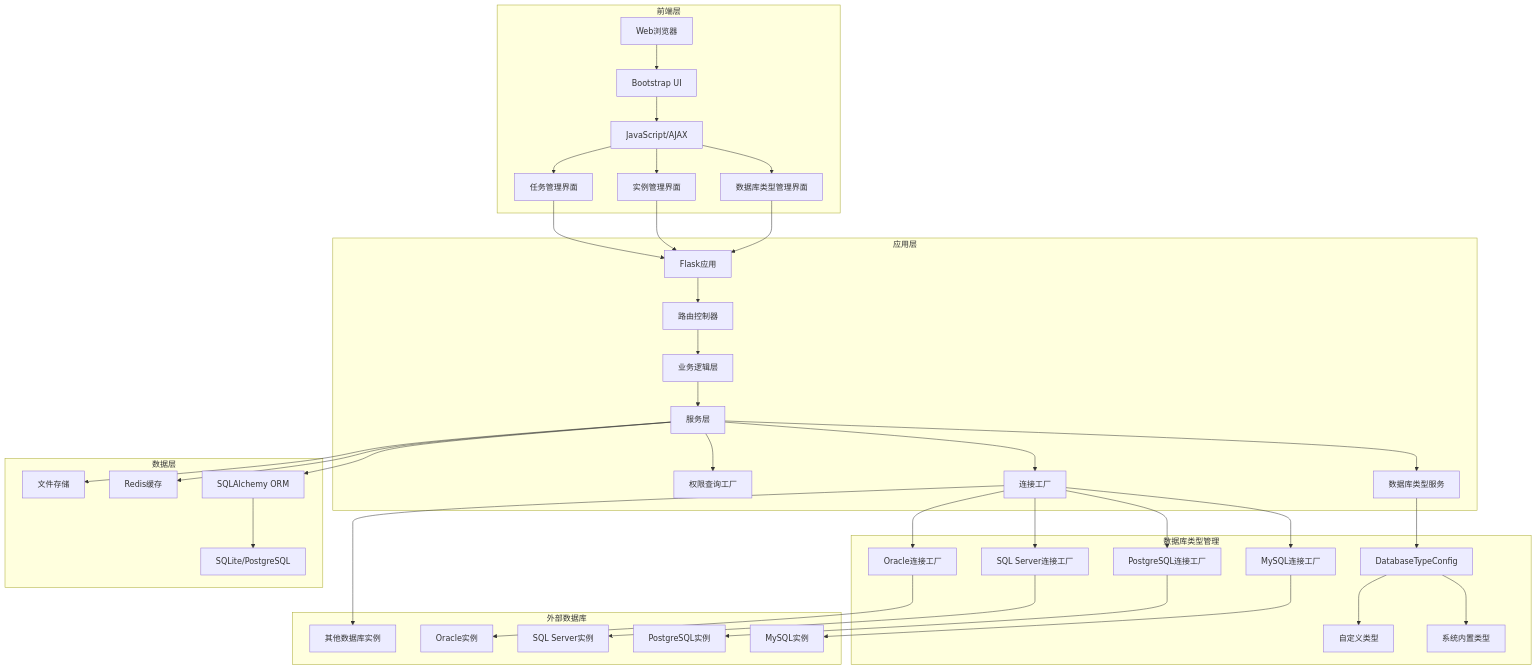
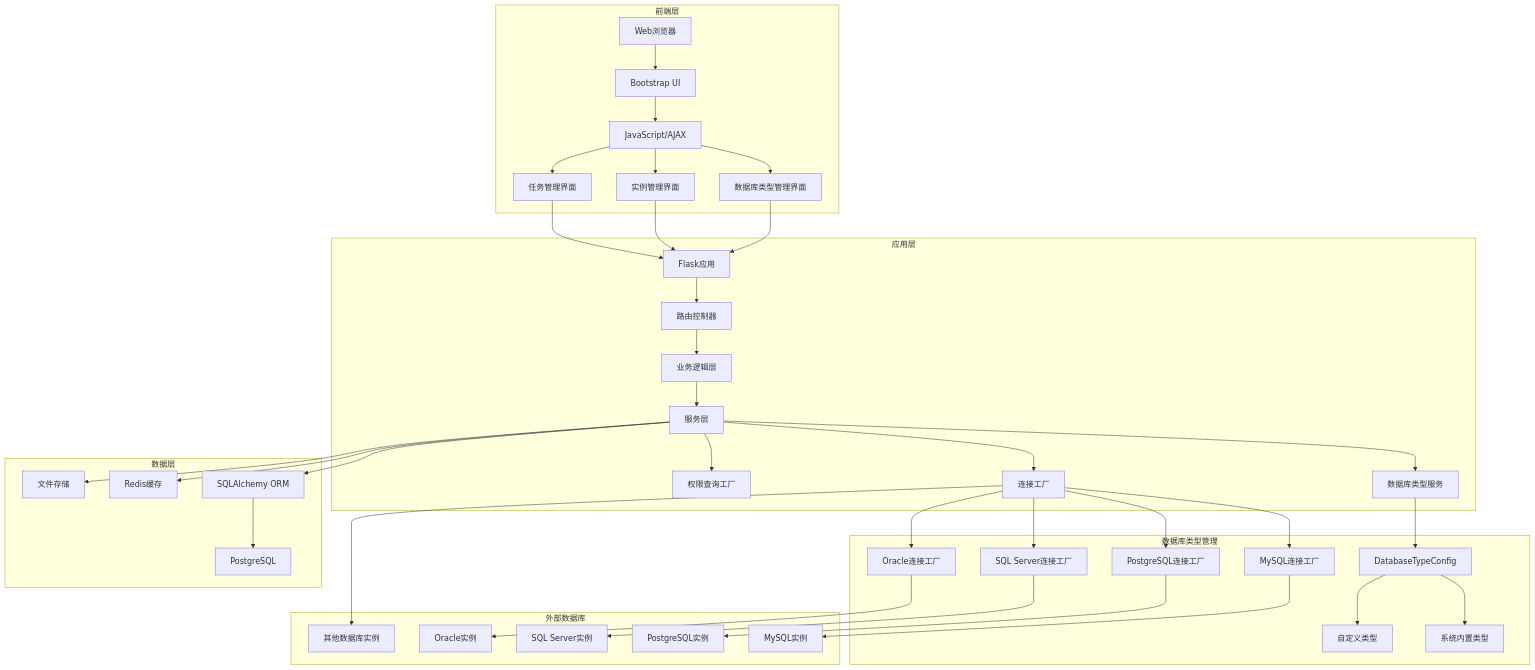
Before and after one commit to nyealovey/TaifishingV4: the second of 5 diagrams in docs/architecture/spec.md, drawn with Mermaid. The commit also changed other lines of this file and 3 other files, not shown here.

````diff
--- a/docs/architecture/spec.md
+++ b/docs/architecture/spec.md
@@ -130,53 +130,53 @@
 ```mermaid
 graph TB
     subgraph "前端层"
         A[Web浏览器] --> B[Bootstrap UI]
         B --> C[JavaScript/AJAX]
         C --> D[数据库类型管理界面]
         C --> E[实例管理界面]
         C --> F[任务管理界面]
     end
 
     subgraph "应用层"
         D --> G[Flask应用]
         E --> G
         F --> G
         G --> H[路由控制器]
         H --> I[业务逻辑层]
         I --> J[服务层]
         J --> K[数据库类型服务]
         J --> L[连接工厂]
         J --> M[权限查询工厂]
     end
 
     subgraph "数据层"
         J --> N[SQLAlchemy ORM]
-        N --> O[SQLite/PostgreSQL]
+        N --> O[PostgreSQL]
         J --> P[Redis缓存]
         J --> Q[文件存储]
     end
 
     subgraph "数据库类型管理"
         K --> R[DatabaseTypeConfig]
         R --> S[系统内置类型]
         R --> T[自定义类型]
         L --> U[MySQL连接工厂]
         L --> V[PostgreSQL连接工厂]
         L --> W[SQL Server连接工厂]
         L --> X[Oracle连接工厂]
     end
 
     subgraph "外部数据库"
         Y[PostgreSQL实例]
         Z[MySQL实例]
         AA[SQL Server实例]
         BB[Oracle实例]
         CC[其他数据库实例]
     end
 
     U --> Z
     V --> Y
     W --> AA
     X --> BB
     L --> CC
 ```
````
